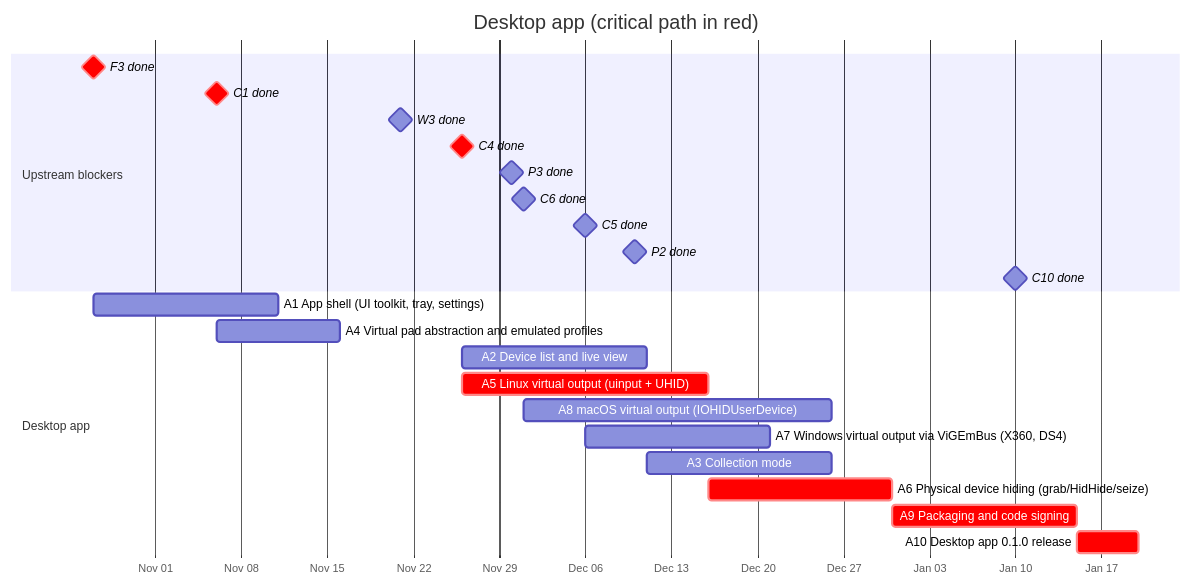
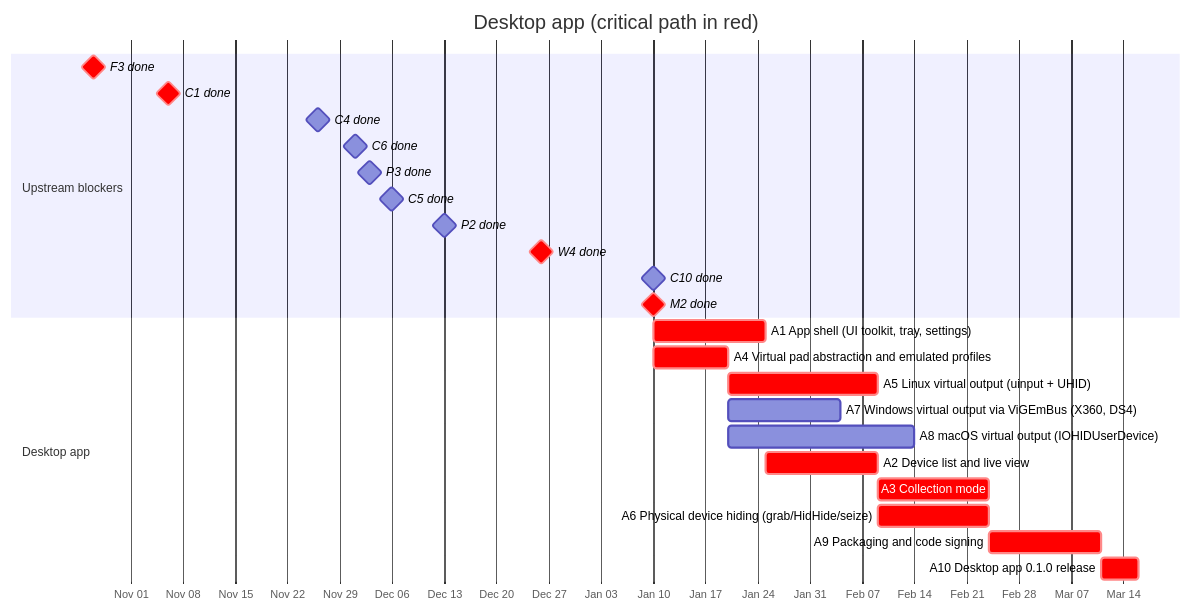
One commit to anygamepad/anygamepad.github.io changed the diagram in ROADMAP/2026-10-10/05-desktop-app.md. Above: the diagram before and after it, drawn with Mermaid. The commit also changed other lines of this file and 9 other files, not shown here.

First line of the commit message:
Re-plan roadmap: web first, library via WASM, multi-provider input

````diff
--- a/ROADMAP/2026-10-10/05-desktop-app.md
+++ b/ROADMAP/2026-10-10/05-desktop-app.md
@@ -10,27 +14,28 @@
 ```mermaid
 gantt
     dateFormat YYYY-MM-DD
     axisFormat %b %d
     title Desktop app (critical path in red)
     section Upstream blockers
     F3 done :milestone, crit, f3, 2026-10-27, 0d
     C1 done :milestone, crit, c1, 2026-11-06, 0d
-    W3 done :milestone, w3, 2026-11-21, 0d
-    C4 done :milestone, crit, c4, 2026-11-26, 0d
-    P3 done :milestone, p3, 2026-11-30, 0d
+    C4 done :milestone, c4, 2026-11-26, 0d
     C6 done :milestone, c6, 2026-12-01, 0d
+    P3 done :milestone, p3, 2026-12-03, 0d
     C5 done :milestone, c5, 2026-12-06, 0d
-    P2 done :milestone, p2, 2026-12-10, 0d
+    P2 done :milestone, p2, 2026-12-13, 0d
+    W4 done :milestone, crit, w4, 2026-12-26, 0d
     C10 done :milestone, c10, 2027-01-10, 0d
+    M2 done :milestone, crit, m2, 2027-01-10, 0d
     section Desktop app
-    A1 App shell (UI toolkit, tray, settings) :a1, after f3, 15d
-    A4 Virtual pad abstraction and emulated profiles :a4, after c1, 10d
-    A2 Device list and live view :a2, after a1 c4, 15d
+    A1 App shell (UI toolkit, tray, settings) :crit, a1, after f3 m2, 15d
+    A4 Virtual pad abstraction and emulated profiles :crit, a4, after c1 m2, 10d
     A5 Linux virtual output (uinput + UHID) :crit, a5, after a4 c4, 20d
+    A7 Windows virtual output via ViGEmBus (X360, DS4) :a7, after a4 c5, 15d
     A8 macOS virtual output (IOHIDUserDevice) :a8, after a4 c6, 25d
-    A7 Windows virtual output via ViGEmBus (X360, DS4) :a7, after a4 c5, 15d
-    A3 Collection mode :a3, after a2 w3 p2 p3, 15d
+    A2 Device list and live view :crit, a2, after a1 c4, 15d
+    A3 Collection mode :crit, a3, after a2 w4 p2 p3, 15d
     A6 Physical device hiding (grab/HidHide/seize) :crit, a6, after a5 c5 c6, 15d
     A9 Packaging and code signing :crit, a9, after a3 a6 a7 a8, 15d
     A10 Desktop app 0.1.0 release :crit, a10, after a9 c10, 5d
 ```
````
